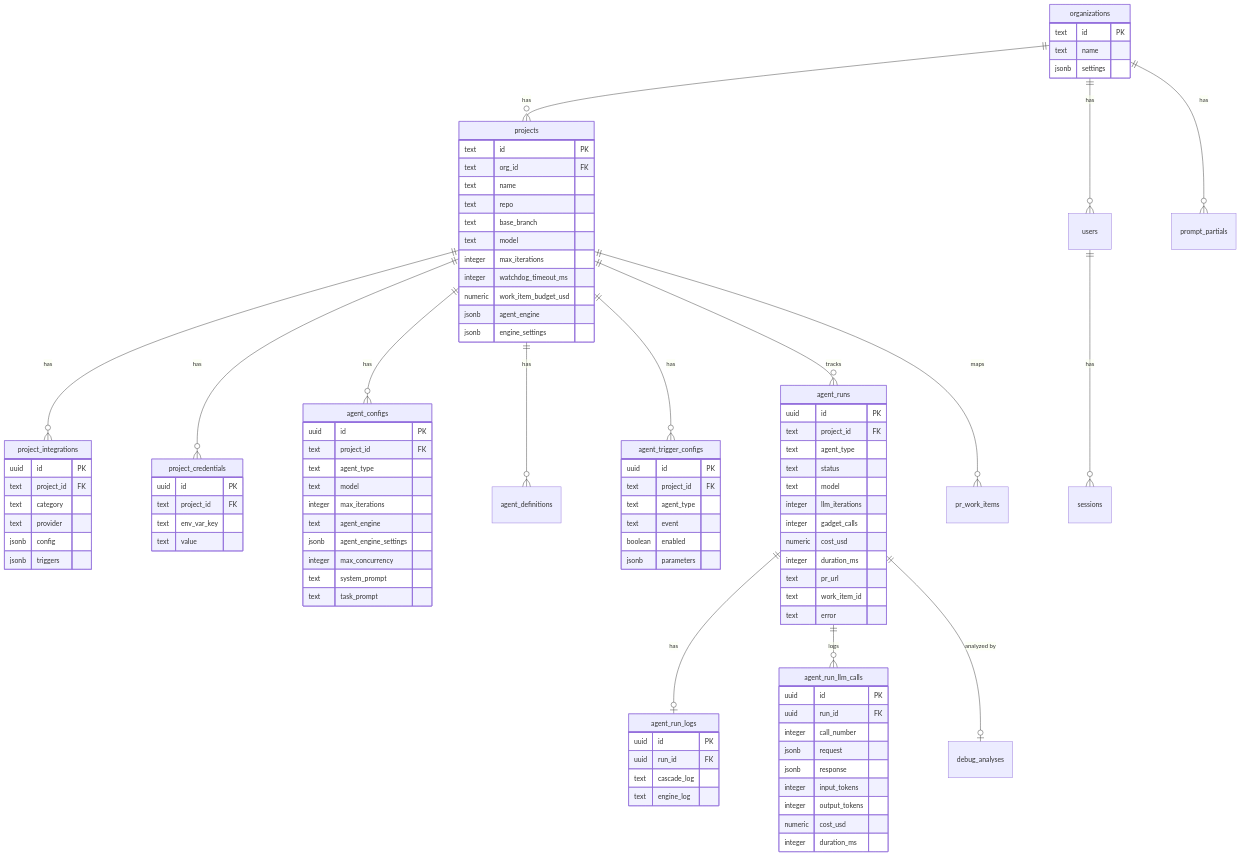
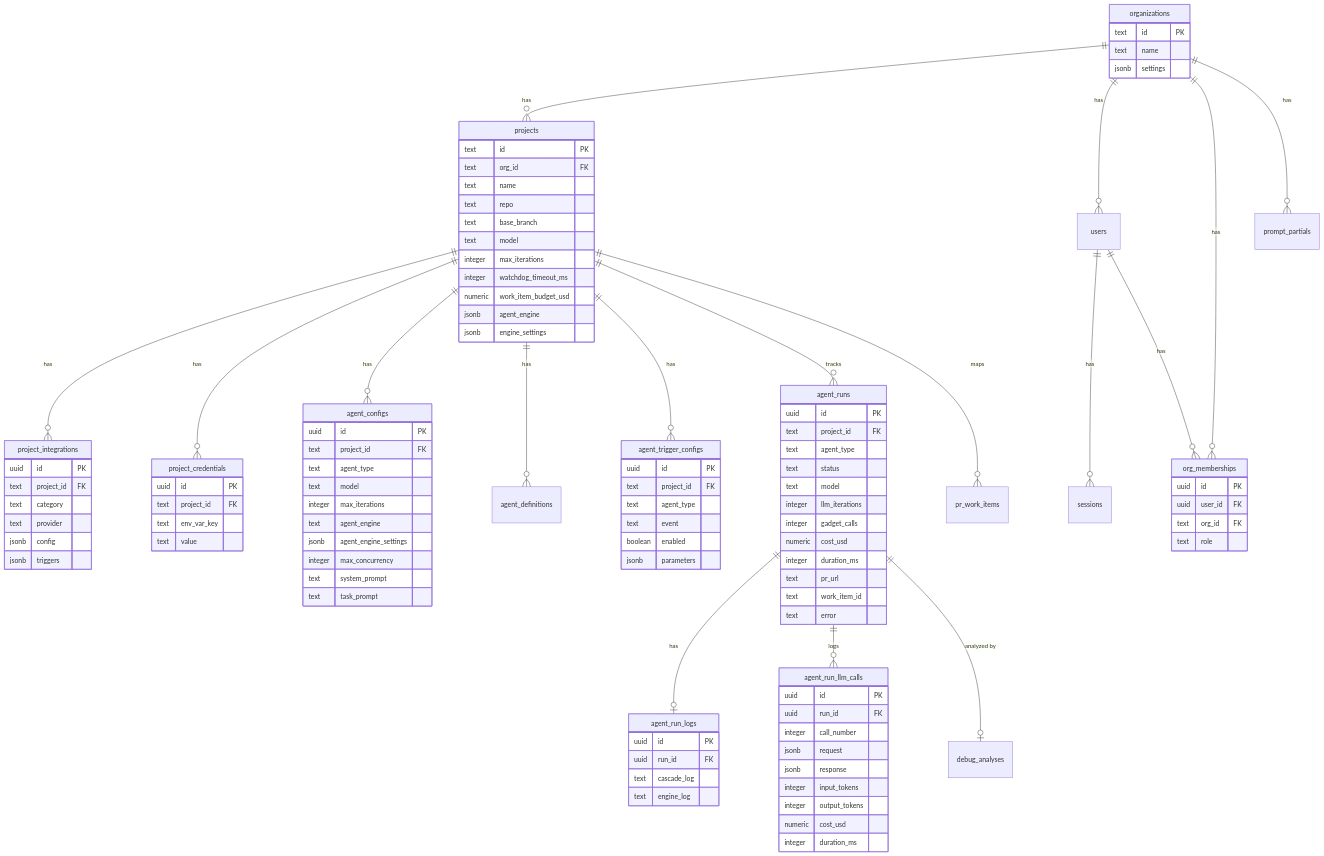
One commit to appsome/cascade changed the diagram in docs/architecture/09-database.md. Above: the diagram before and after it, drawn with Mermaid. The commit also changed other lines of this file and 7 other files, not shown here.

First line of the commit message:
feat(db): add org_memberships table + sessions.active_org_id (spec 021 plan 1)

```diff
--- a/docs/architecture/09-database.md
+++ b/docs/architecture/09-database.md
@@ -10,6 +10,7 @@
 erDiagram
     organizations ||--o{ projects : "has"
     organizations ||--o{ users : "has"
+    organizations ||--o{ org_memberships : "has"
     organizations ||--o{ prompt_partials : "has"
 
     projects ||--o{ project_integrations : "has"
@@ -25,11 +26,19 @@
     agent_runs ||--o| debug_analyses : "analyzed by"
 
     users ||--o{ sessions : "has"
+    users ||--o{ org_memberships : "has"
 
     organizations {
         text id PK
         text name
         jsonb settings
+    }
+
+    org_memberships {
+        uuid id PK
+        uuid user_id FK
+        text org_id FK
+        text role
     }
 
     projects {
```
